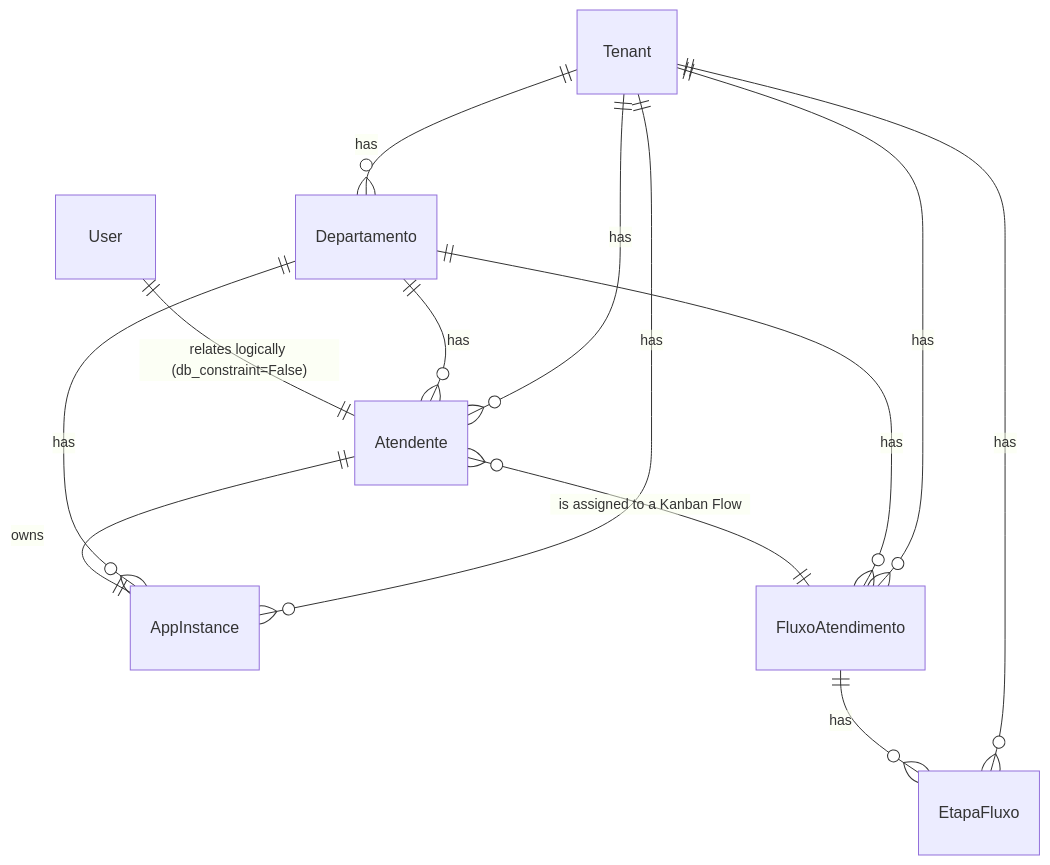
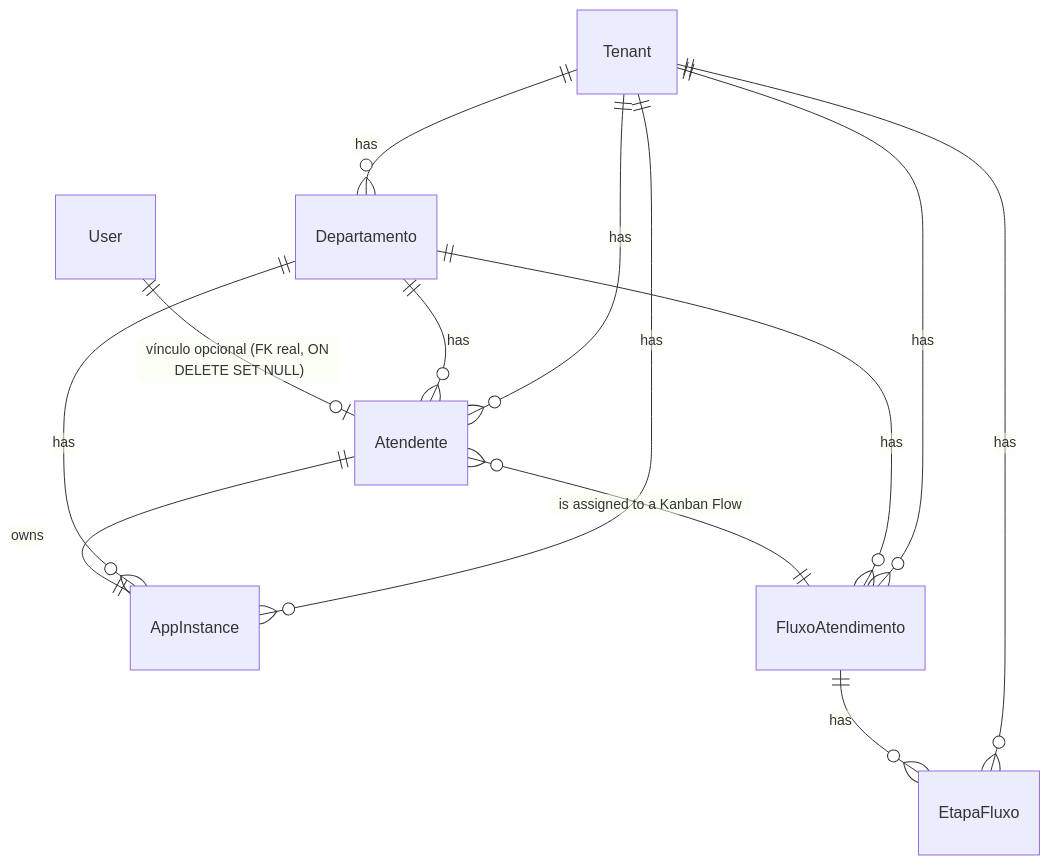
Before and after one commit to pwlimaverde/smart-core-assistant-v2: the diagram in smart-agent-config/doc_dev/modelagem_dados/03_modulo_operacional.md, drawn with Mermaid. The commit also changed other lines of this file and 30 other files, not shown here.

````diff
--- a/smart-agent-config/doc_dev/modelagem_dados/03_modulo_operacional.md
+++ b/smart-agent-config/doc_dev/modelagem_dados/03_modulo_operacional.md
@@ -9,15 +9,15 @@
 ```mermaid
 erDiagram
     Tenant ||--o{ Departamento : "has"
     Tenant ||--o{ Atendente : "has"
     Tenant ||--o{ AppInstance : "has"
     Tenant ||--o{ FluxoAtendimento : "has"
     Tenant ||--o{ EtapaFluxo : "has"
     Departamento ||--o{ Atendente : "has"
     Departamento ||--o{ FluxoAtendimento : "has"
     Departamento ||--o{ AppInstance : "has"
     Atendente ||--|| AppInstance : "owns"
     FluxoAtendimento ||--o{ EtapaFluxo : "has"
     Atendente }o--|| FluxoAtendimento : "is assigned to a Kanban Flow"
-    User ||--|| Atendente : "relates logically (db_constraint=False)"
+    User ||--o| Atendente : "vínculo opcional (FK real, ON DELETE SET NULL)"
 ```
````
